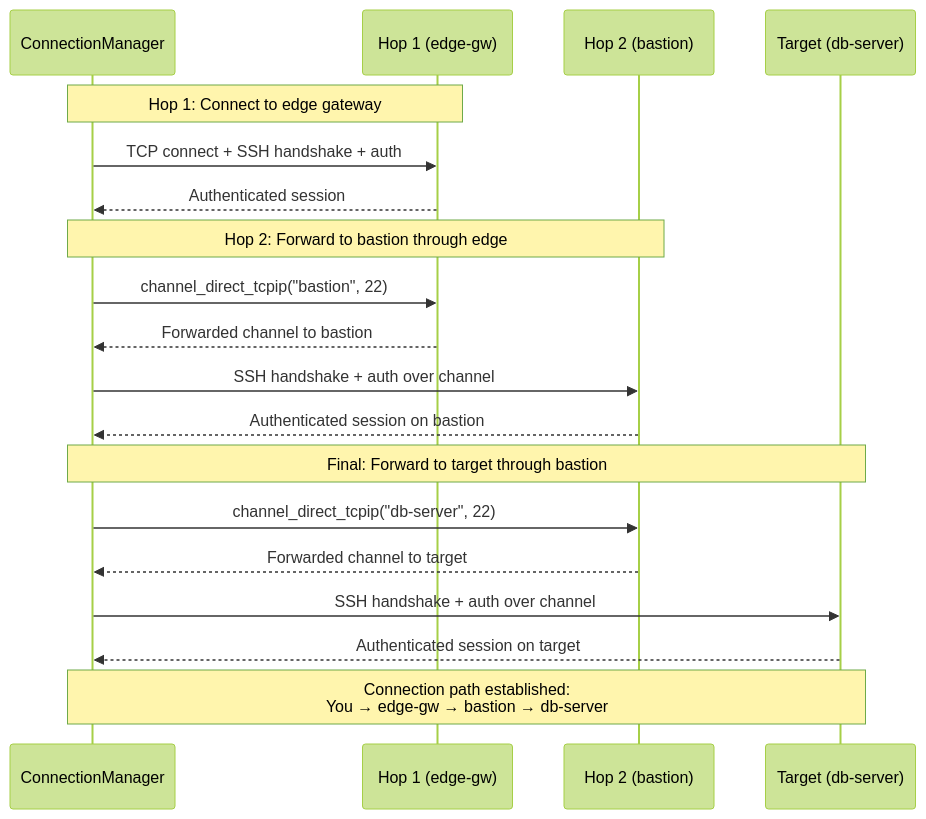
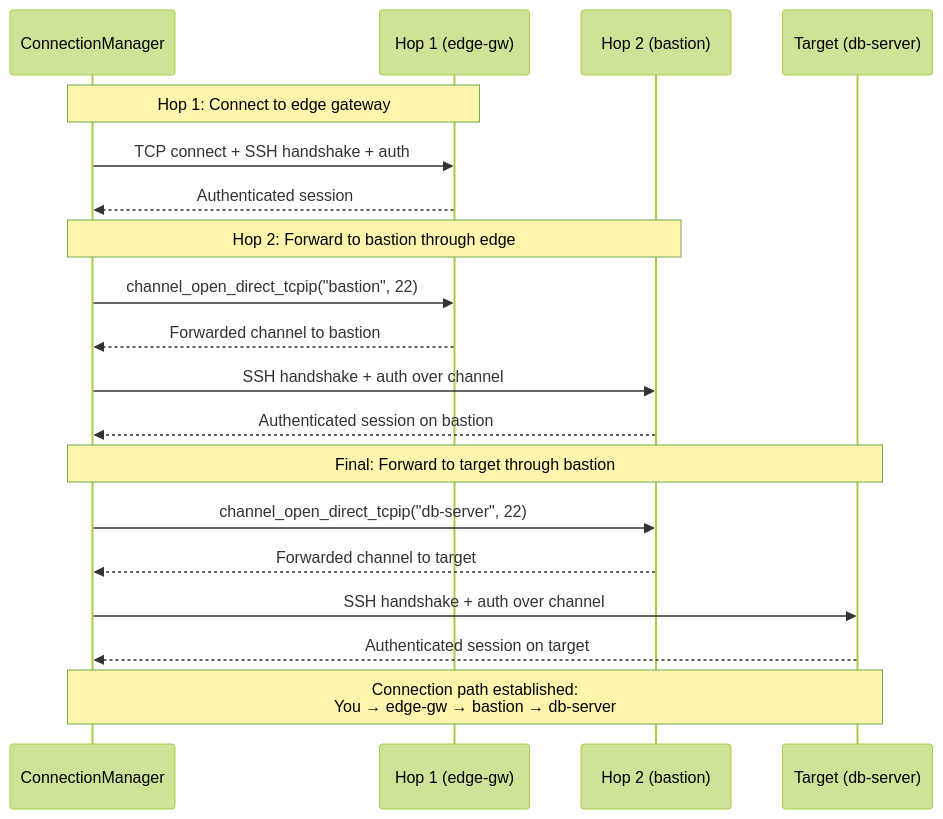
Before and after one commit to armaxri/termiHub: the seventh of 9 diagrams in docs/concepts/backlog/ssh-jump-host/behavior.md, drawn with Mermaid (forest theme). The commit also changed other lines of this file and 2 other files, not shown here.

Commit message:
docs(concept): align SSH jump-host concept with russh + add ProxyJump details (Closes #872)
Refine the existing folder-form ssh-jump-host concept to cover #872:

- Cross-reference #872 alongside the original #520.
- Correct the backend implementation details: termiHub's SSH stack is
  russh 0.61 (async), not ssh2/libssh2. Session-over-channel is the
  already-used `channel_open_direct_tcpip` + `channel.into_stream()` +
  `russh::client::connect_stream` pattern (auth.rs, tunnel forwarders,
  SFTP, X11), so the old "ssh2 session-over-channel risk" is removed.
- Cite the tunnel forwarders (local_forward.rs, dynamic_forward.rs) as
  the proven building block the connect path reuses.
- Name the config field `proxy_jump` (OpenSSH `-J` / ProxyJump style),
  with a serde alias for the earlier `jumpHosts` draft name.
- Add a concrete SSH-JUMP-01 test-conversion plan driving termiHub's own
  jump connection end-to-end through the ssh-jumphost-bastion /
  ssh-jumphost-target Docker fixtures, instead of shelling out to ssh.
- Update behavior.md API names and the sync ledger.

````diff
--- a/docs/concepts/backlog/ssh-jump-host/behavior.md
+++ b/docs/concepts/backlog/ssh-jump-host/behavior.md
@@ -209,25 +209,25 @@
 ```mermaid
 sequenceDiagram
     participant CM as ConnectionManager
     participant H1 as Hop 1 (edge-gw)
     participant H2 as Hop 2 (bastion)
     participant TGT as Target (db-server)
 
     Note over CM,H1: Hop 1: Connect to edge gateway
     CM->>H1: TCP connect + SSH handshake + auth
     H1-->>CM: Authenticated session
 
     Note over CM,H2: Hop 2: Forward to bastion through edge
-    CM->>H1: channel_direct_tcpip("bastion", 22)
+    CM->>H1: channel_open_direct_tcpip("bastion", 22)
     H1-->>CM: Forwarded channel to bastion
     CM->>H2: SSH handshake + auth over channel
     H2-->>CM: Authenticated session on bastion
 
     Note over CM,TGT: Final: Forward to target through bastion
-    CM->>H2: channel_direct_tcpip("db-server", 22)
+    CM->>H2: channel_open_direct_tcpip("db-server", 22)
     H2-->>CM: Forwarded channel to target
     CM->>TGT: SSH handshake + auth over channel
     TGT-->>CM: Authenticated session on target
 
     Note over CM,TGT: Connection path established:<br/>You → edge-gw → bastion → db-server
 ```
````
